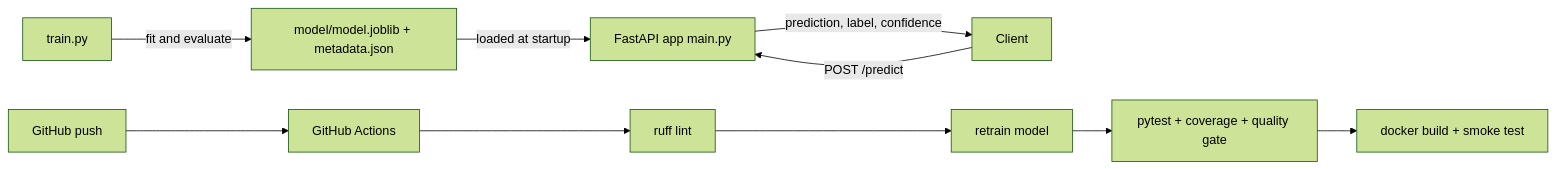
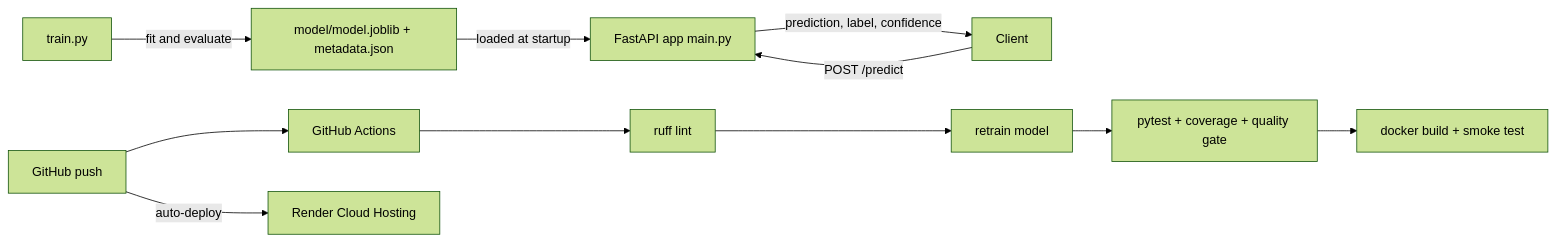
Before and after one commit to gphuCarryU/fastapi-ml-ci: the diagram in README.md, drawn with Mermaid (forest theme). The commit also changed other lines of this file, not shown here.

Commit message:
docs: add live Render deployment URLs to README

````diff
--- a/README.md
+++ b/README.md
@@ -34,12 +42,13 @@
 ```mermaid
 flowchart LR
     A[train.py] -->|fit and evaluate| B[model/model.joblib + metadata.json]
     B -->|loaded at startup| C[FastAPI app main.py]
     D[Client] -->|POST /predict| C
     C -->|prediction, label, confidence| D
     E[GitHub push] --> F[GitHub Actions]
     F --> G[ruff lint]
     G --> H[retrain model]
     H --> I[pytest + coverage + quality gate]
     I --> J[docker build + smoke test]
+    E -->|auto-deploy| K[Render Cloud Hosting]
 ```
````
